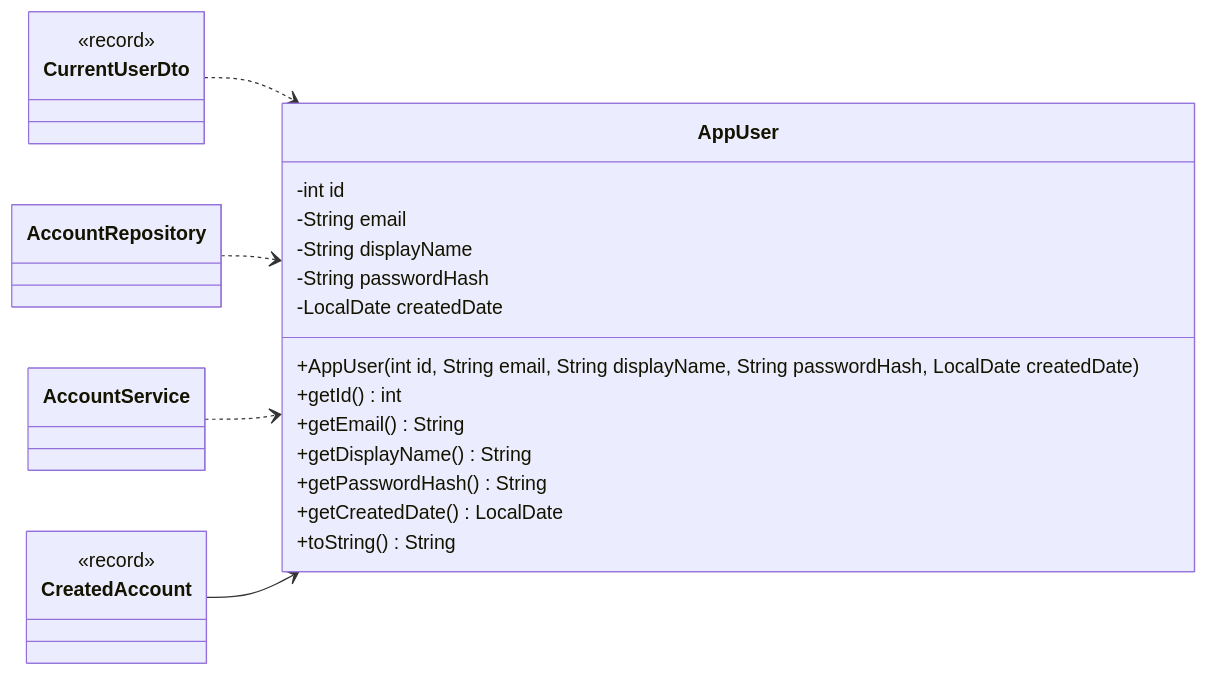
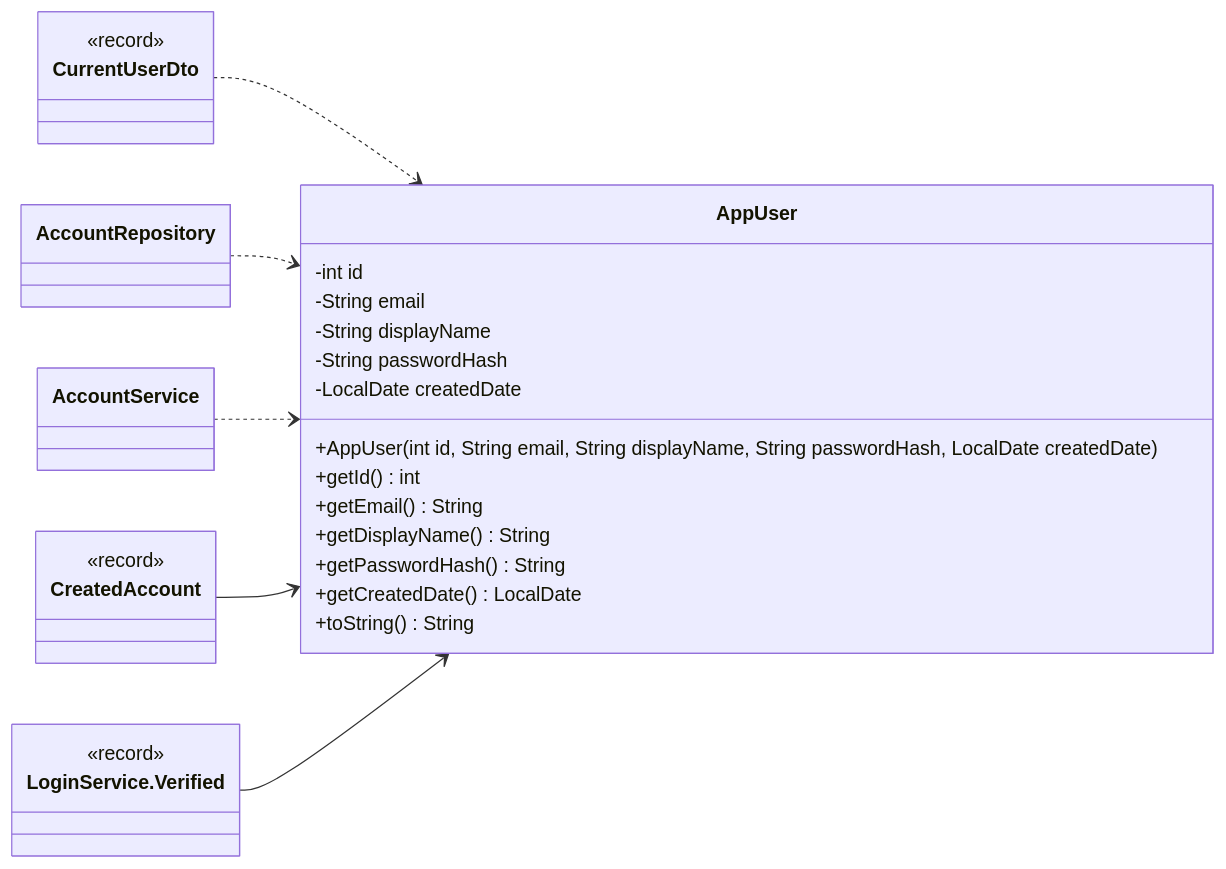
One commit to Nate-ryan-7690/dahaem changed the fourth of 15 diagrams in docs/classes/auth.md. Above: the diagram before and after it, drawn with Mermaid. The commit also changed other lines of this file and 4 other files, not shown here.

````diff
--- a/docs/classes/auth.md
+++ b/docs/classes/auth.md
@@ -227,30 +255,34 @@
 ```mermaid
 classDiagram
     direction LR
     class auth_AppUser["AppUser"] {
         -int id
         -String email
         -String displayName
         -String passwordHash
         -LocalDate createdDate
         +AppUser(int id, String email, String displayName, String passwordHash, LocalDate createdDate)
         +getId() int
         +getEmail() String
         +getDisplayName() String
         +getPasswordHash() String
         +getCreatedDate() LocalDate
         +toString() String
     }
     class auth_CreatedAccount["CreatedAccount"] {
         <<record>>
     }
+    class auth_LoginService_Verified["LoginService.Verified"] {
+        <<record>>
+    }
     class api_CurrentUserDto["CurrentUserDto"] {
         <<record>>
     }
     class auth_AccountRepository["AccountRepository"]
     class auth_AccountService["AccountService"]
     api_CurrentUserDto ..> auth_AppUser
     auth_AccountRepository ..> auth_AppUser
     auth_AccountService ..> auth_AppUser
     auth_CreatedAccount --> auth_AppUser
+    auth_LoginService_Verified --> auth_AppUser
 ```
````
